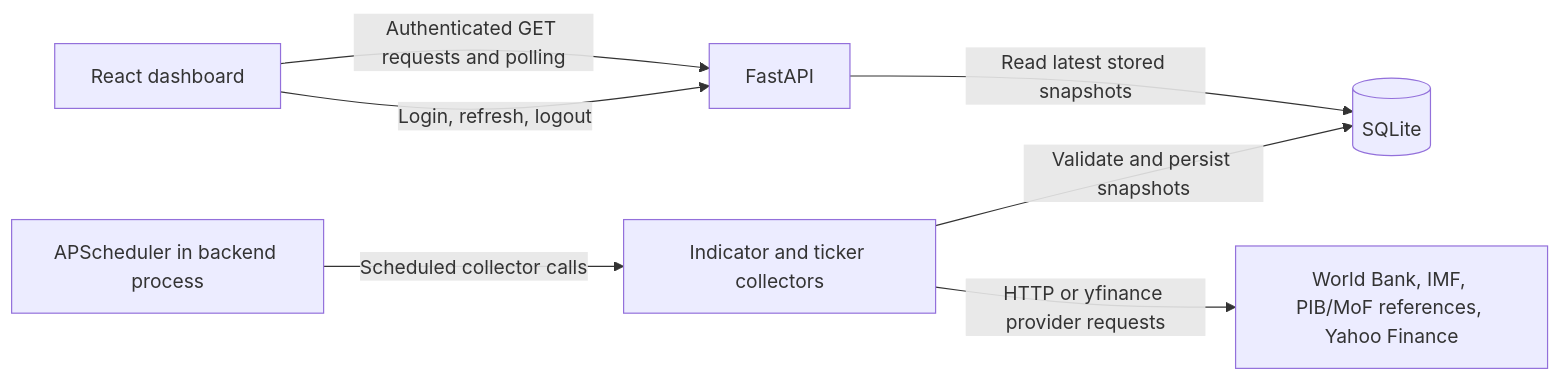
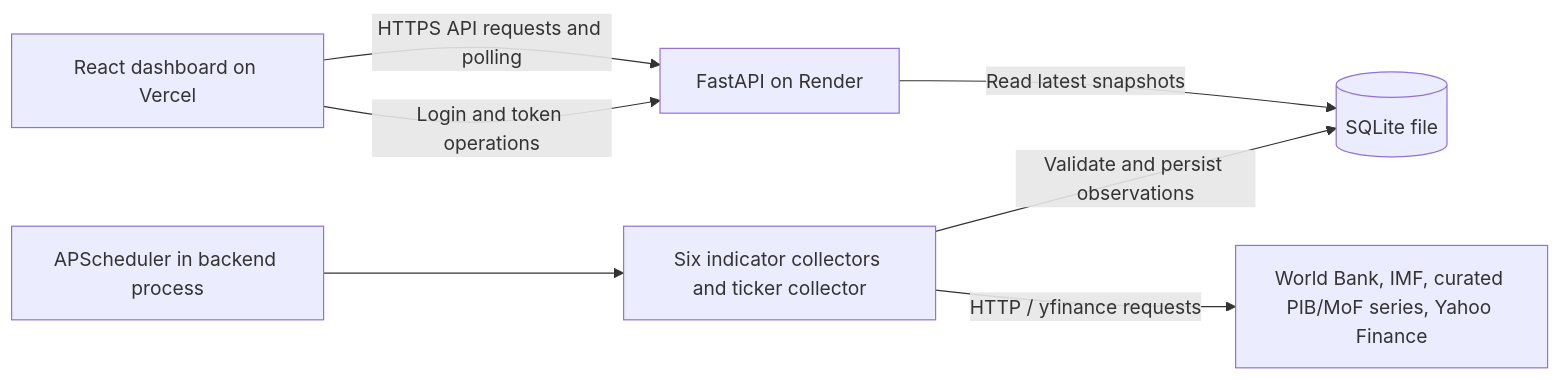
The diagram in README.md (Ripusudan01/economic-indicators-dashboard), drawn with Mermaid before and after one commit. The commit also changed other lines of this file, not shown here.

````diff
--- a/README.md
+++ b/README.md
@@ -61,9 +88,9 @@
 ```mermaid
 flowchart LR
-  Browser[React dashboard] -->|Authenticated GET requests and polling| API[FastAPI]
-  Browser -->|Login, refresh, logout| API
-  API -->|Read latest stored snapshots| DB[(SQLite)]
-  Scheduler[APScheduler in backend process] -->|Scheduled collector calls| Collectors[Indicator and ticker collectors]
-  Collectors -->|HTTP or yfinance provider requests| Sources[World Bank, IMF, PIB/MoF references, Yahoo Finance]
-  Collectors -->|Validate and persist snapshots| DB
+  Browser[React dashboard on Vercel] -->|HTTPS API requests and polling| API[FastAPI on Render]
+  Browser -->|Login and token operations| API
+  API -->|Read latest snapshots| DB[(SQLite file)]
+  Scheduler[APScheduler in backend process] --> Collectors[Six indicator collectors and ticker collector]
+  Collectors -->|HTTP / yfinance requests| Providers[World Bank, IMF, curated PIB/MoF series, Yahoo Finance]
+  Collectors -->|Validate and persist observations| DB
 ```
````
